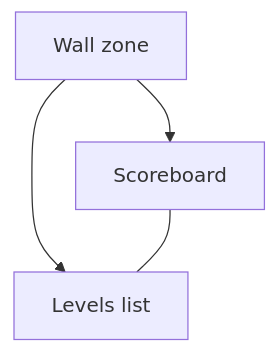
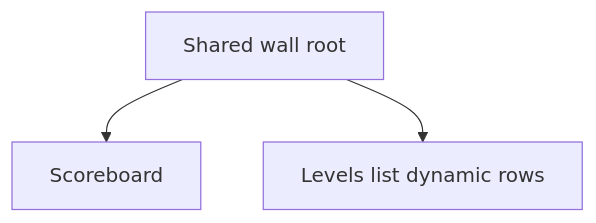
The first of 3 diagrams in docs/plans/2026-09-08-001-feat-levels-panel-plan.md (gonzaloiv/flip_hoops), drawn with Mermaid before and after one commit. The commit also changed other lines of this file and 25 other files, not shown here.

````diff
--- a/docs/plans/2026-09-08-001-feat-levels-panel-plan.md
+++ b/docs/plans/2026-09-08-001-feat-levels-panel-plan.md
@@ -67,9 +69,8 @@
 ```mermaid
 flowchart TB
-  wall[Wall zone]
+  wall[Shared wall root]
   sb[Scoreboard]
-  lp[Levels list]
+  lp[Levels list dynamic rows]
   wall --> sb
   wall --> lp
-  sb --- lp
 ```
````
